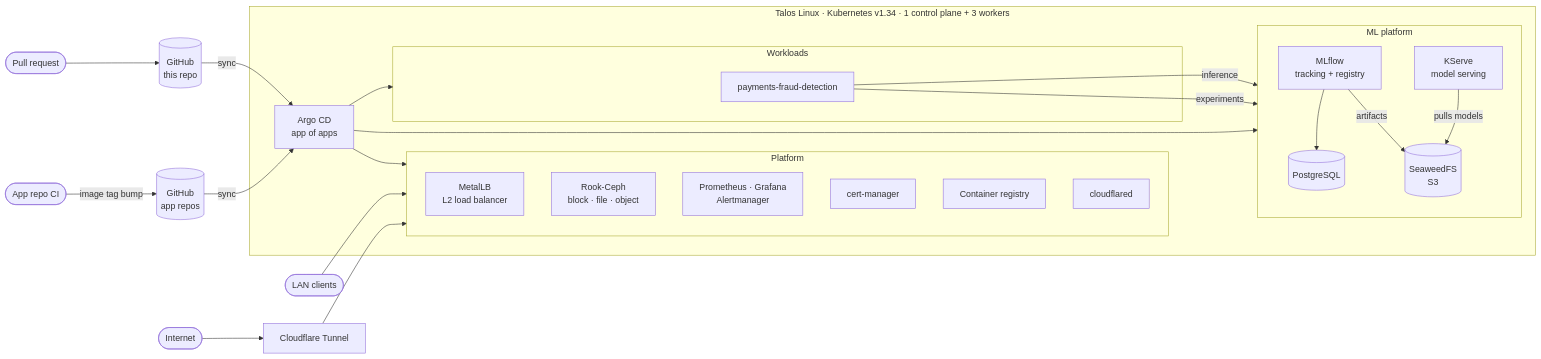
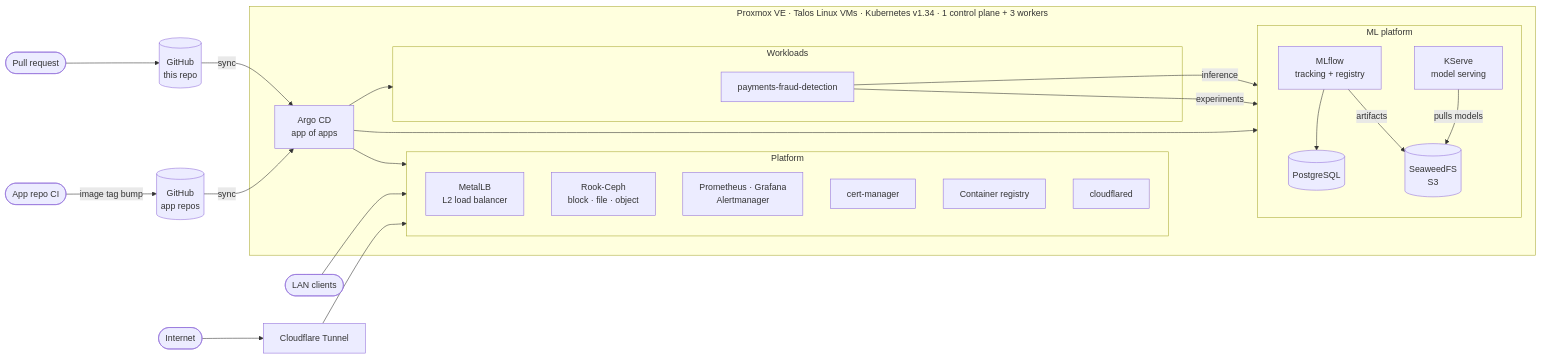
Before and after one commit to jstrebeck/Homelab-Configuration: the diagram in README.md, drawn with Mermaid. The commit also changed other lines of this file and 14 other files, not shown here.

First line of the commit message:
Add architecture decision records and MIT license

````diff
--- a/README.md
+++ b/README.md
@@ -15,44 +16,44 @@
 ```mermaid
 flowchart LR
   dev([Pull request]) --> gh[(GitHub<br/>this repo)]
   app([App repo CI]) -- image tag bump --> ghapp[(GitHub<br/>app repos)]
 
-  subgraph cluster["Talos Linux · Kubernetes v1.34 · 1 control plane + 3 workers"]
+  subgraph cluster["Proxmox VE · Talos Linux VMs · Kubernetes v1.34 · 1 control plane + 3 workers"]
     argo[Argo CD<br/>app of apps]
 
     subgraph platform[Platform]
       direction TB
       metallb[MetalLB<br/>L2 load balancer]
       ceph[Rook-Ceph<br/>block · file · object]
       obs[Prometheus · Grafana<br/>Alertmanager]
       certm[cert-manager]
       reg[Container registry]
       cfd[cloudflared]
     end
 
     subgraph ml[ML platform]
       direction TB
       mlflow[MLflow<br/>tracking + registry]
       kserve[KServe<br/>model serving]
       s3[(SeaweedFS<br/>S3)]
       pg[(PostgreSQL)]
     end
 
     subgraph workloads[Workloads]
       fraud[payments-fraud-detection]
     end
   end
 
   gh -- sync --> argo
   ghapp -- sync --> argo
   argo --> platform & ml & workloads
 
   mlflow --> pg
   mlflow -- artifacts --> s3
   kserve -- pulls models --> s3
   fraud -- inference --> kserve
   fraud -- experiments --> mlflow
 
   lan([LAN clients]) --> metallb
   internet([Internet]) --> tunnel[Cloudflare Tunnel] --> cfd
 ```
````
